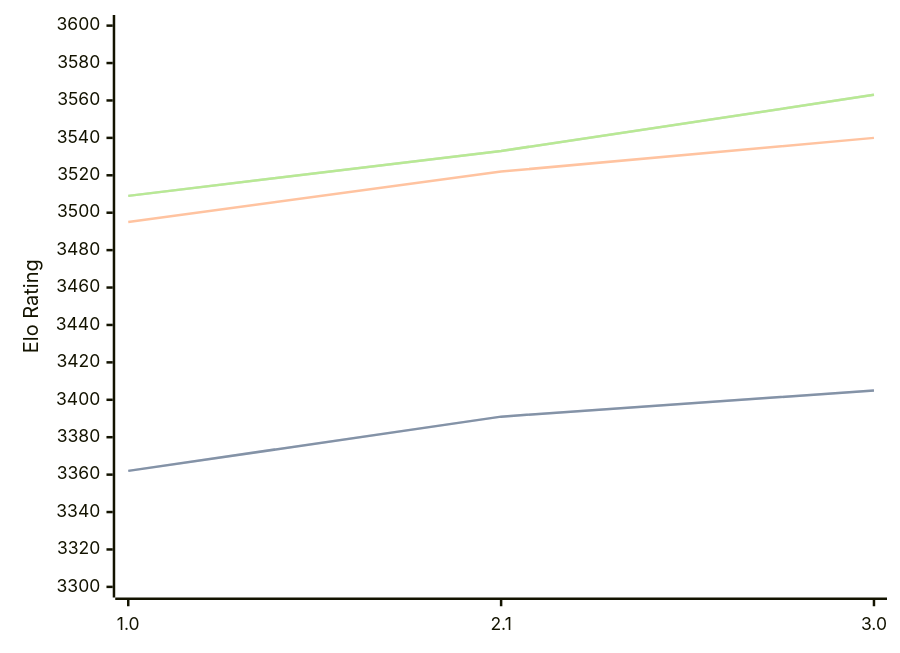
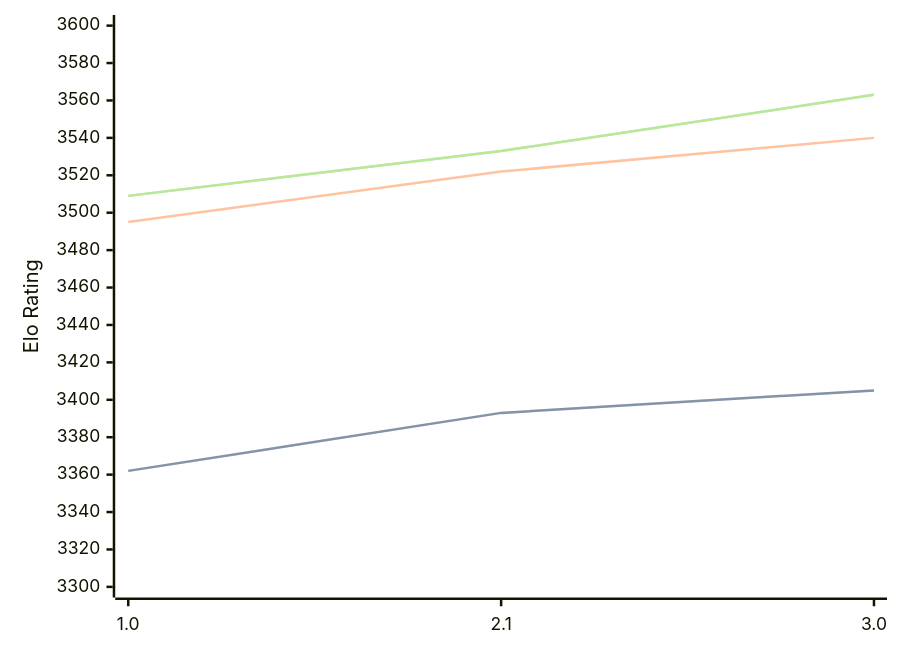
One commit to computer-chess-index/cci changed the diagram in engines/Hobbes.md. Above: the diagram before and after it, drawn with Mermaid. The commit also changed other lines of this file, not shown here.

````diff
--- a/engines/Hobbes.md
+++ b/engines/Hobbes.md
@@ -33,11 +33,11 @@
 ```mermaid
 %%{init: {"theme":"base","themeVariables":{"seriesColors:['#a3a3a3','#222221','#faa371']}}}%%
 xychart-beta
   x-axis ["1.0", "2.1", "3.0"]
   y-axis "Elo Rating" 3300 --> 3600
-  line "STC (8.0+0.08s)" [3362, 3391, 3405]
-  line "STC (8.0+0.08s)" [3362, 3391, 3405]
+  line "STC (8.0+0.08s)" [3362, 3393, 3405]
+  line "STC (8.0+0.08s)" [3362, 3393, 3405]
   line "LTC (60.0+0.60s)" [3495, 3522, 3540]
   line "VLTC (2m24s+1.12s)" [3509, 3533, 3563]
   line "VLTC (2m24s+1.12s)" [3509, 3533, 3563]
 ```
````
